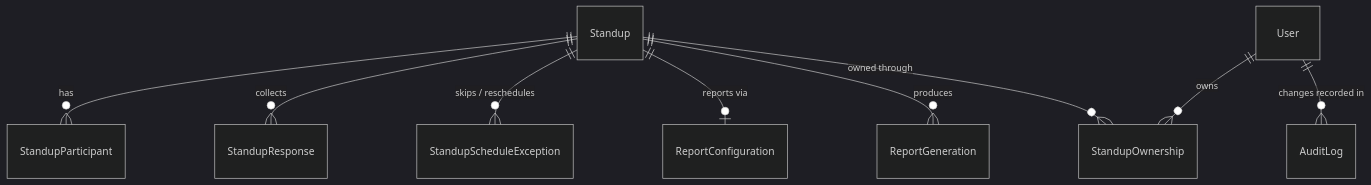
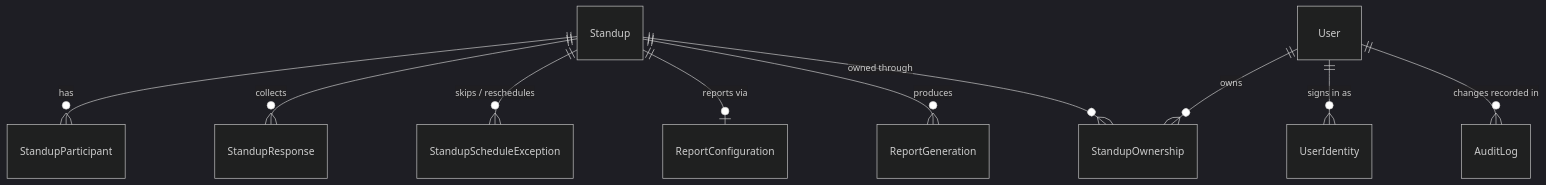
Before and after one commit to mrecachinas/standup-bot: the fourth of 4 diagrams in docs/architecture.md, drawn with Mermaid (dark theme). The commit also changed other lines of this file and 112 other files, not shown here.

````diff
--- a/docs/architecture.md
+++ b/docs/architecture.md
@@ -87,11 +87,12 @@
 ```mermaid
 erDiagram
     Standup ||--o{ StandupParticipant : has
     Standup ||--o{ StandupResponse : collects
     Standup ||--o{ StandupScheduleException : "skips / reschedules"
     Standup ||--o| ReportConfiguration : "reports via"
     Standup ||--o{ ReportGeneration : produces
     Standup ||--o{ StandupOwnership : "owned through"
     User ||--o{ StandupOwnership : owns
+    User ||--o{ UserIdentity : "signs in as"
     User ||--o{ AuditLog : "changes recorded in"
 ```
````
